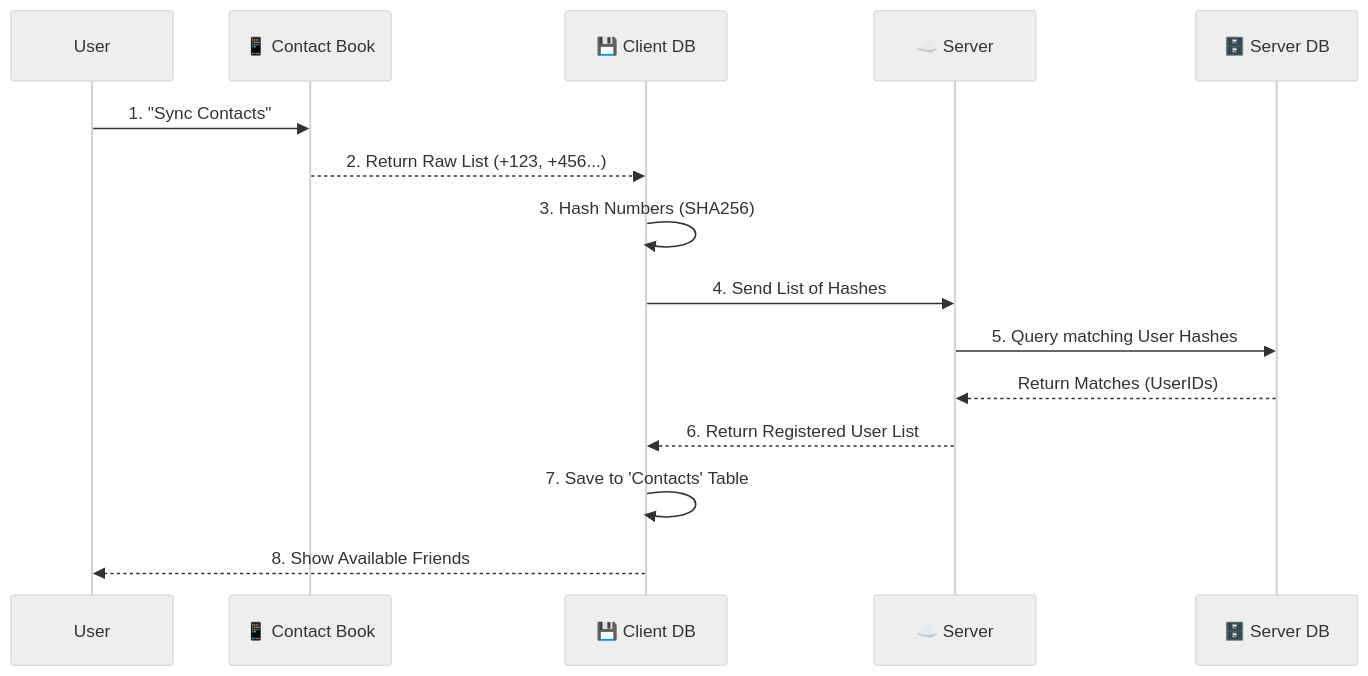
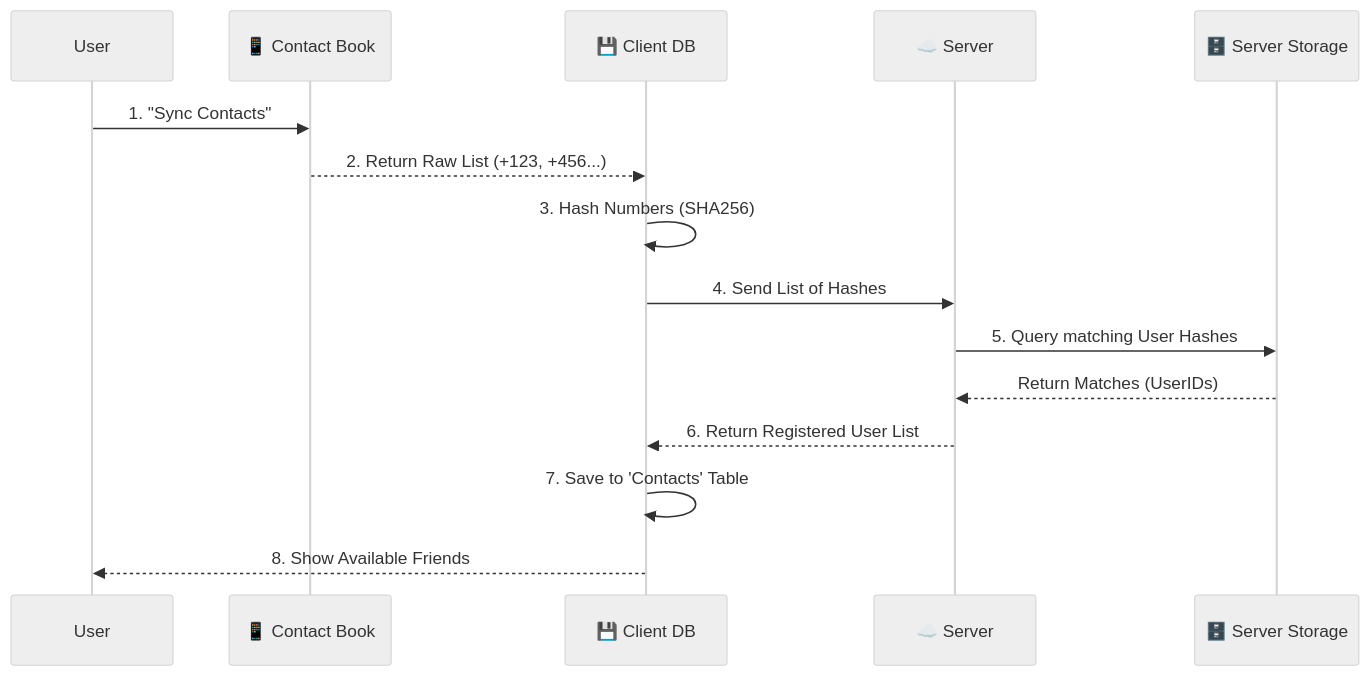
Before and after one commit to sameerctinfotech/temp-share: the third of 18 diagrams in use_case.md, drawn with Mermaid (neutral theme). The commit also changed other lines of this file, not shown here.

````diff
--- a/use_case.md
+++ b/use_case.md
@@ -60,20 +60,20 @@
 ```mermaid
 sequenceDiagram
     participant User
     participant Phone as 📱 Contact Book
     participant CDB as 💾 Client DB
     participant Server as ☁️ Server
-    participant SDB as 🗄️ Server DB
+    participant SS as 🗄️ Server Storage
 
     User->>Phone: 1. "Sync Contacts"
     Phone-->>CDB: 2. Return Raw List (+123, +456...)
     CDB->>CDB: 3. Hash Numbers (SHA256)
     
     CDB->>Server: 4. Send List of Hashes
-    Server->>SDB: 5. Query matching User Hashes
-    SDB-->>Server: Return Matches (UserIDs)
+    Server->>SS: 5. Query matching User Hashes
+    SS-->>Server: Return Matches (UserIDs)
     
     Server-->>CDB: 6. Return Registered User List
     CDB->>CDB: 7. Save to 'Contacts' Table
     CDB-->>User: 8. Show Available Friends
 ```
````
